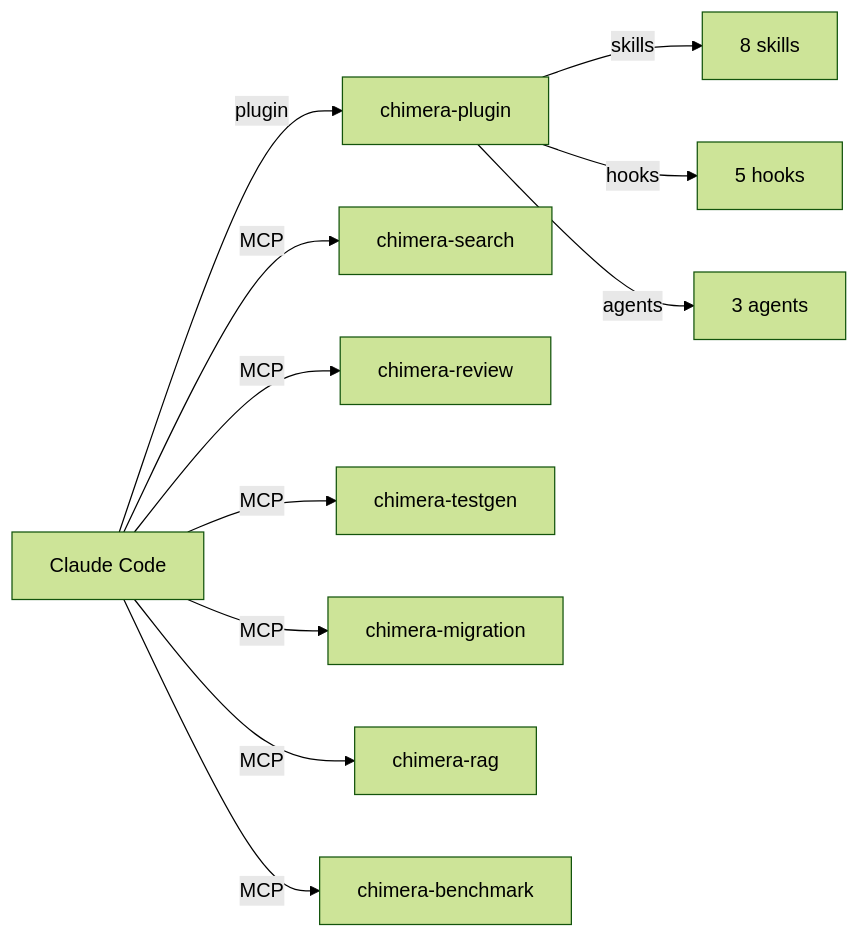
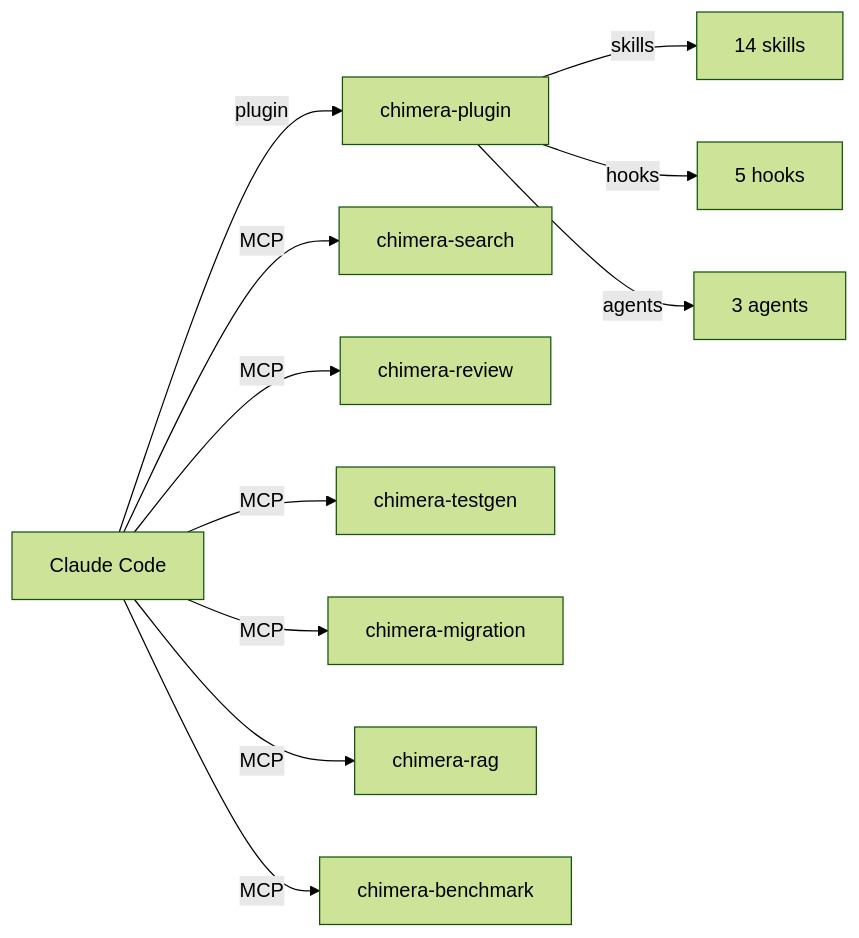
The diagram in docs/playbooks/00-quick-start.md (0bserver07/chimera), drawn with Mermaid (forest theme) before and after one commit. The commit also changed other lines of this file and 12 other files, not shown here.

````diff
--- a/docs/playbooks/00-quick-start.md
+++ b/docs/playbooks/00-quick-start.md
@@ -11,13 +11,13 @@
 ```mermaid
 graph LR
     CC[Claude Code] -->|plugin| P[chimera-plugin]
-    P -->|skills| S[8 skills]
+    P -->|skills| S[14 skills]
     P -->|hooks| H[5 hooks]
     P -->|agents| A[3 agents]
     CC -->|MCP| M1[chimera-search]
     CC -->|MCP| M2[chimera-review]
     CC -->|MCP| M3[chimera-testgen]
     CC -->|MCP| M4[chimera-migration]
     CC -->|MCP| M5[chimera-rag]
     CC -->|MCP| M6[chimera-benchmark]
 ```
````
